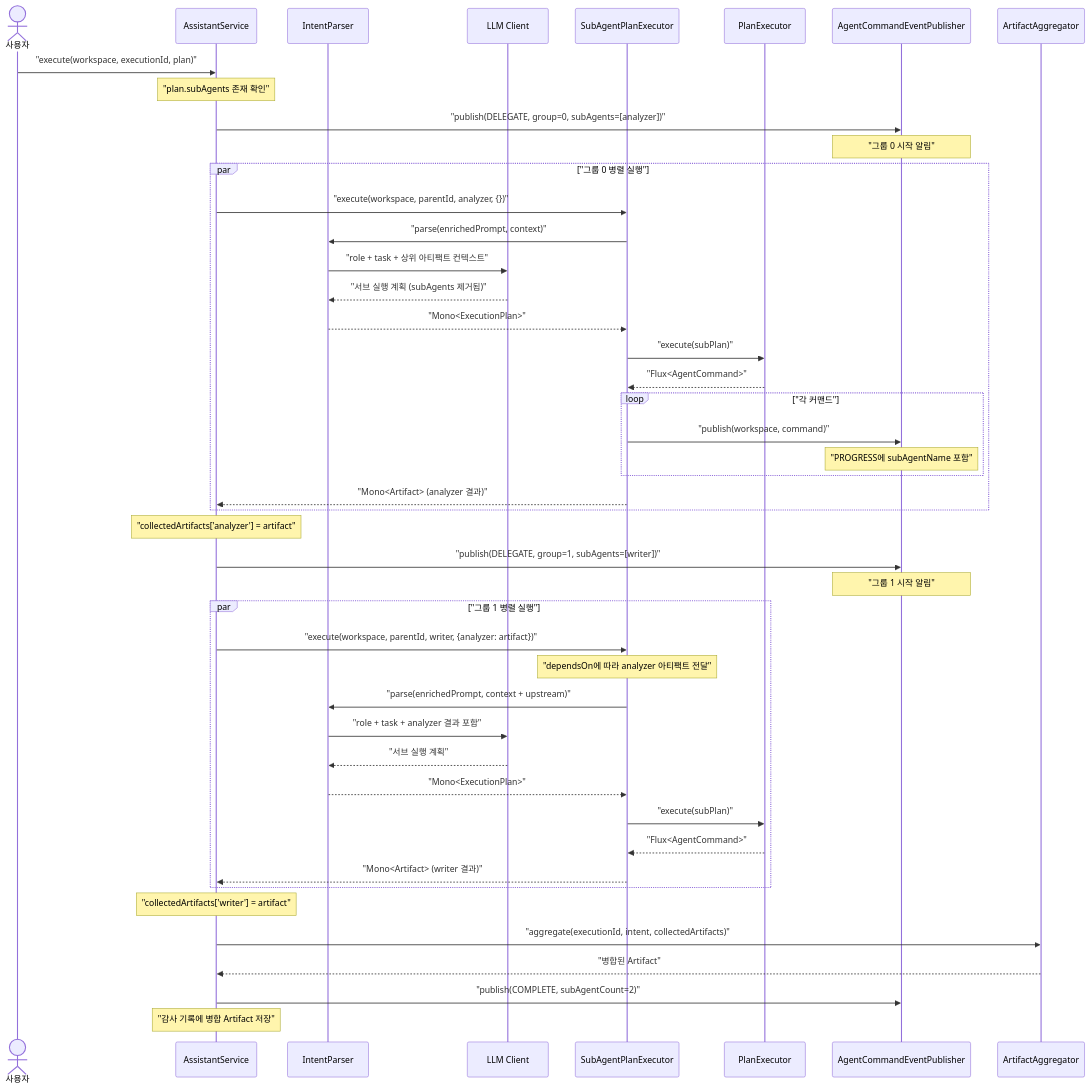
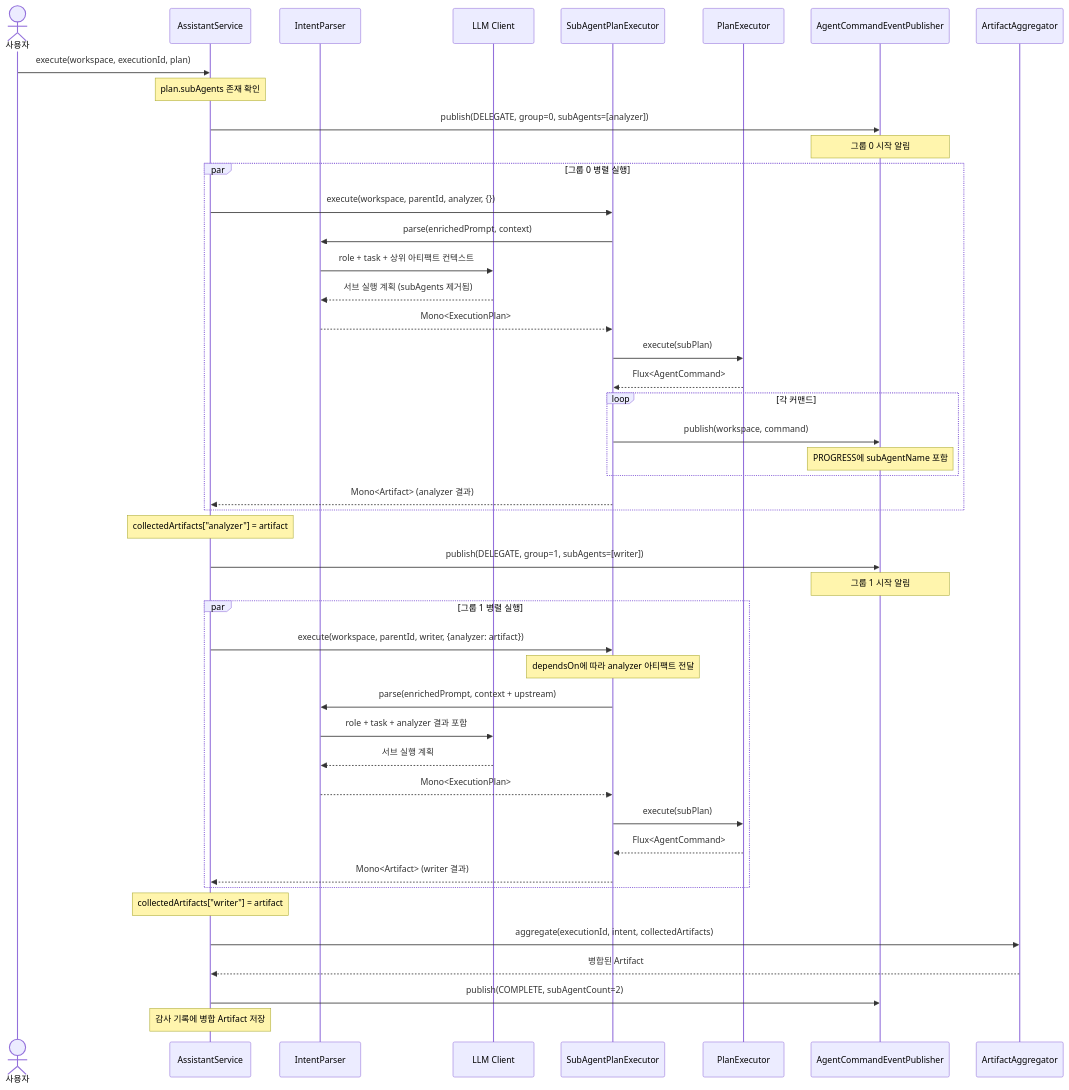
Before and after one commit to sayaya1090/handbook: diagram 12 of 13 in assistant/USECASE.md, drawn with Mermaid. The commit also changed other lines of this file and 58 other files, not shown here.

````diff
--- a/assistant/USECASE.md
+++ b/assistant/USECASE.md
@@ -421,56 +421,56 @@
 ```mermaid
 sequenceDiagram
     actor User as 사용자
     participant Svc as AssistantService
     participant Parser as IntentParser
     participant LLM as LLM Client
     participant Exec as SubAgentPlanExecutor
     participant Plan as PlanExecutor
     participant Pub as AgentCommandEventPublisher
     participant Agg as ArtifactAggregator
 
-    User->>Svc: "execute(workspace, executionId, plan)"
-    Note over Svc: "plan.subAgents 존재 확인"
+    User->>Svc: execute(workspace, executionId, plan)
+    Note over Svc: plan.subAgents 존재 확인
 
-    Svc->>Pub: "publish(DELEGATE, group=0, subAgents=[analyzer])"
-    Note over Pub: "그룹 0 시작 알림"
+    Svc->>Pub: publish(DELEGATE, group=0, subAgents=[analyzer])
+    Note over Pub: 그룹 0 시작 알림
 
-    par "그룹 0 병렬 실행"
-        Svc->>Exec: "execute(workspace, parentId, analyzer, {})"
-        Exec->>Parser: "parse(enrichedPrompt, context)"
-        Parser->>LLM: "role + task + 상위 아티팩트 컨텍스트"
-        LLM-->>Parser: "서브 실행 계획 (subAgents 제거됨)"
-        Parser-->>Exec: "Mono<ExecutionPlan>"
-        Exec->>Plan: "execute(subPlan)"
-        Plan-->>Exec: "Flux<AgentCommand>"
-        loop "각 커맨드"
-            Exec->>Pub: "publish(workspace, command)"
-            Note over Pub: "PROGRESS에 subAgentName 포함"
+    par 그룹 0 병렬 실행
+        Svc->>Exec: execute(workspace, parentId, analyzer, {})
+        Exec->>Parser: parse(enrichedPrompt, context)
+        Parser->>LLM: role + task + 상위 아티팩트 컨텍스트
+        LLM-->>Parser: 서브 실행 계획 (subAgents 제거됨)
+        Parser-->>Exec: Mono<ExecutionPlan>
+        Exec->>Plan: execute(subPlan)
+        Plan-->>Exec: Flux<AgentCommand>
+        loop 각 커맨드
+            Exec->>Pub: publish(workspace, command)
+            Note over Pub: PROGRESS에 subAgentName 포함
         end
-        Exec-->>Svc: "Mono<Artifact> (analyzer 결과)"
+        Exec-->>Svc: Mono<Artifact> (analyzer 결과)
     end
 
-    Note over Svc: "collectedArtifacts['analyzer'] = artifact"
+    Note over Svc: collectedArtifacts["analyzer"] = artifact
 
-    Svc->>Pub: "publish(DELEGATE, group=1, subAgents=[writer])"
-    Note over Pub: "그룹 1 시작 알림"
+    Svc->>Pub: publish(DELEGATE, group=1, subAgents=[writer])
+    Note over Pub: 그룹 1 시작 알림
 
-    par "그룹 1 병렬 실행"
-        Svc->>Exec: "execute(workspace, parentId, writer, {analyzer: artifact})"
-        Note over Exec: "dependsOn에 따라 analyzer 아티팩트 전달"
-        Exec->>Parser: "parse(enrichedPrompt, context + upstream)"
-        Parser->>LLM: "role + task + analyzer 결과 포함"
-        LLM-->>Parser: "서브 실행 계획"
-        Parser-->>Exec: "Mono<ExecutionPlan>"
-        Exec->>Plan: "execute(subPlan)"
-        Plan-->>Exec: "Flux<AgentCommand>"
-        Exec-->>Svc: "Mono<Artifact> (writer 결과)"
+    par 그룹 1 병렬 실행
+        Svc->>Exec: execute(workspace, parentId, writer, {analyzer: artifact})
+        Note over Exec: dependsOn에 따라 analyzer 아티팩트 전달
+        Exec->>Parser: parse(enrichedPrompt, context + upstream)
+        Parser->>LLM: role + task + analyzer 결과 포함
+        LLM-->>Parser: 서브 실행 계획
+        Parser-->>Exec: Mono<ExecutionPlan>
+        Exec->>Plan: execute(subPlan)
+        Plan-->>Exec: Flux<AgentCommand>
+        Exec-->>Svc: Mono<Artifact> (writer 결과)
     end
 
-    Note over Svc: "collectedArtifacts['writer'] = artifact"
+    Note over Svc: collectedArtifacts["writer"] = artifact
 
-    Svc->>Agg: "aggregate(executionId, intent, collectedArtifacts)"
-    Agg-->>Svc: "병합된 Artifact"
-    Svc->>Pub: "publish(COMPLETE, subAgentCount=2)"
-    Note over Svc: "감사 기록에 병합 Artifact 저장"
+    Svc->>Agg: aggregate(executionId, intent, collectedArtifacts)
+    Agg-->>Svc: 병합된 Artifact
+    Svc->>Pub: publish(COMPLETE, subAgentCount=2)
+    Note over Svc: 감사 기록에 병합 Artifact 저장
 ```
````
